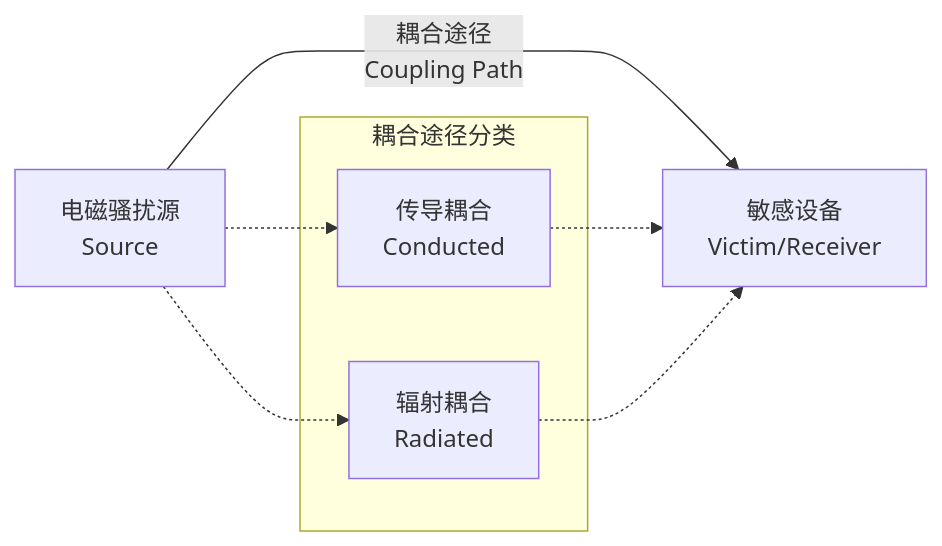
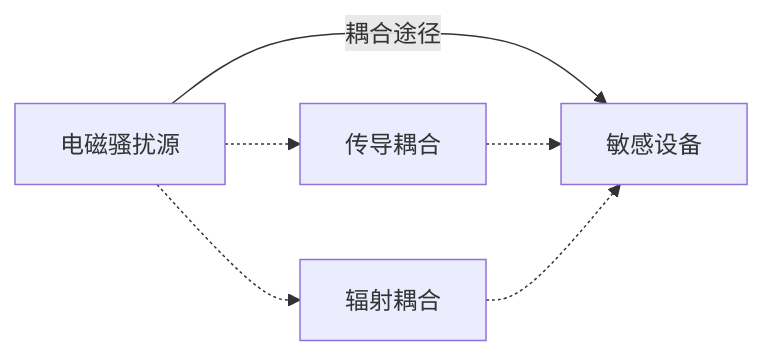
Before and after one commit to huoli4844/chateacher-emc: the second of 7 diagrams in output/第1章-绪论.md, drawn with Mermaid. The commit also changed other lines of this file, not shown here.

Commit message:
fix: 全部7个Mermaid图替换为最大兼容语法（移除timeline/mindmap/%%{init}%%/subgraph/<-->）

````diff
--- a/output/第1章-绪论.md
+++ b/output/第1章-绪论.md
@@ -99,12 +99,8 @@
 ```mermaid
 graph LR
-    S["电磁骚扰源<br>Source"] -->|"耦合途径<br>Coupling Path"| V["敏感设备<br>Victim/Receiver"]
-    
-    subgraph "耦合途径分类"
-        C1["传导耦合<br>Conducted"]
-        C2["辐射耦合<br>Radiated"]
-    end
-    
-    S -.-> C1 -.-> V
-    S -.-> C2 -.-> V
+    S["电磁骚扰源"] -->|"耦合途径"| V["敏感设备"]
+    S -.-> C1["传导耦合"]
+    S -.-> C2["辐射耦合"]
+    C1 -.-> V
+    C2 -.-> V
 ```
````
